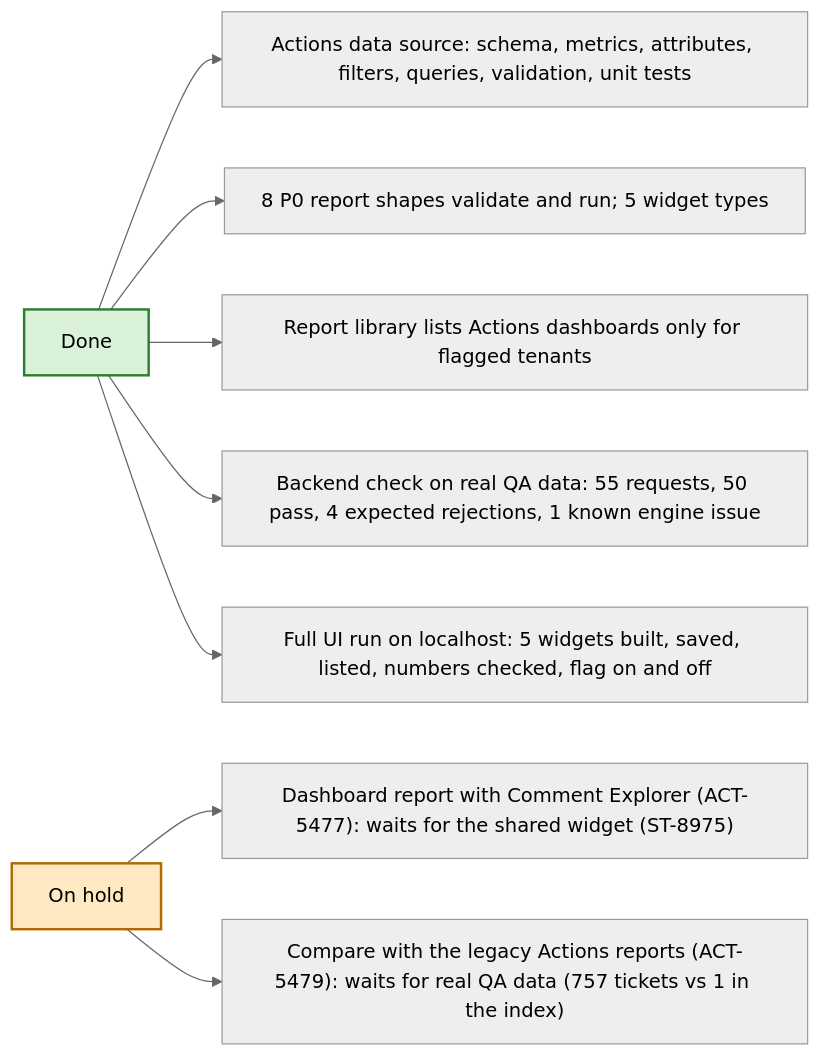
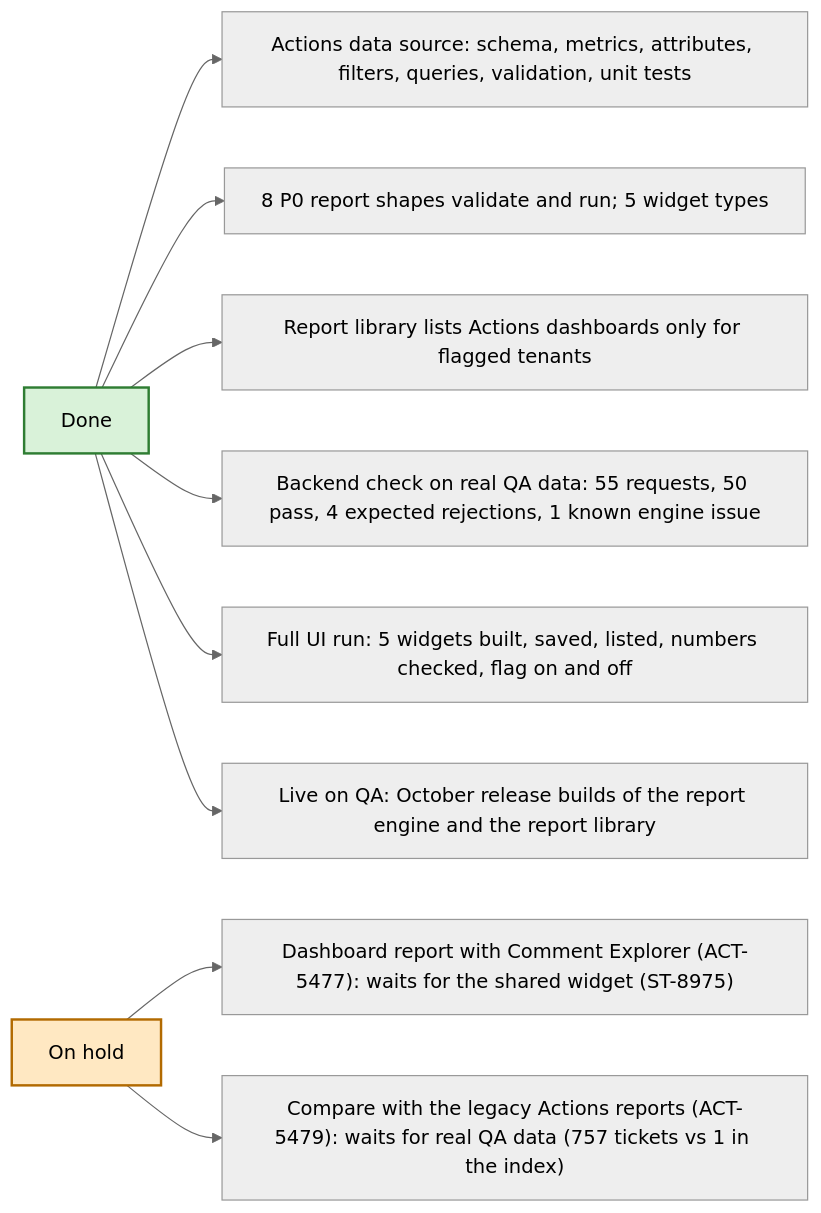
One commit to saiteja-gatadi-rep/r4e-localhost_setup changed the ninth of 11 diagrams in nova-actions/ACT-5460-5461-notes.md. Above: the diagram before and after it, drawn with Mermaid (neutral theme). The commit also changed other lines of this file and 3 other files, not shown here.

Commit message:
Notes: the run is on QA now, not localhost

````diff
--- a/nova-actions/ACT-5460-5461-notes.md
+++ b/nova-actions/ACT-5460-5461-notes.md
@@ -117,13 +117,14 @@
 ```mermaid
 %%{init: {"flowchart": {"wrappingWidth": 420}}}%%
 flowchart LR
   D["Done"] --> D1["Actions data source: schema, metrics, attributes, filters, queries, validation, unit tests"]
   D --> D2["8 P0 report shapes validate and run; 5 widget types"]
   D --> D3["Report library lists Actions dashboards only for flagged tenants"]
   D --> D4["Backend check on real QA data: 55 requests, 50 pass, 4 expected rejections, 1 known engine issue"]
-  D --> D5["Full UI run on localhost: 5 widgets built, saved, listed, numbers checked, flag on and off"]
+  D --> D5["Full UI run: 5 widgets built, saved, listed, numbers checked, flag on and off"]
+  D --> D6["Live on QA: October release builds of the report engine and the report library"]
   H["On hold"] --> H1["Dashboard report with Comment Explorer (ACT-5477): waits for the shared widget (ST-8975)"]
   H --> H2["Compare with the legacy Actions reports (ACT-5479): waits for real QA data (757 tickets vs 1 in the index)"]
   style D fill:#d9f2d9,stroke:#2e7d32,stroke-width:2px
   style H fill:#ffe8c2,stroke:#b26a00,stroke-width:2px
 ```
````
